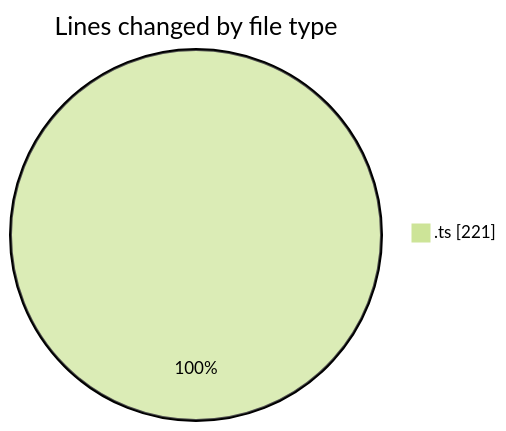
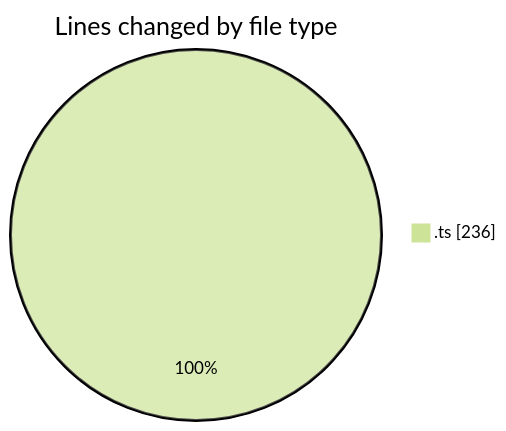
The first of 2 diagrams in 2026-03-03/typescript/README.md (igalym/code-tracking), drawn with Mermaid (forest theme) before and after one commit. The commit also changed other lines of this file and 1 other file, not shown here.

````diff
--- a/2026-03-03/typescript/README.md
+++ b/2026-03-03/typescript/README.md
@@ -20,5 +20,5 @@
 ```mermaid
 pie showData
 title Lines changed by file type
-".ts" : 221
+".ts" : 236
 ```
````
